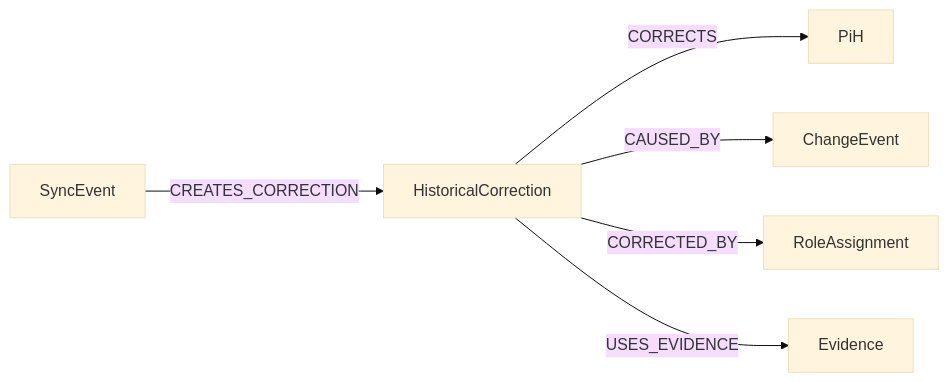
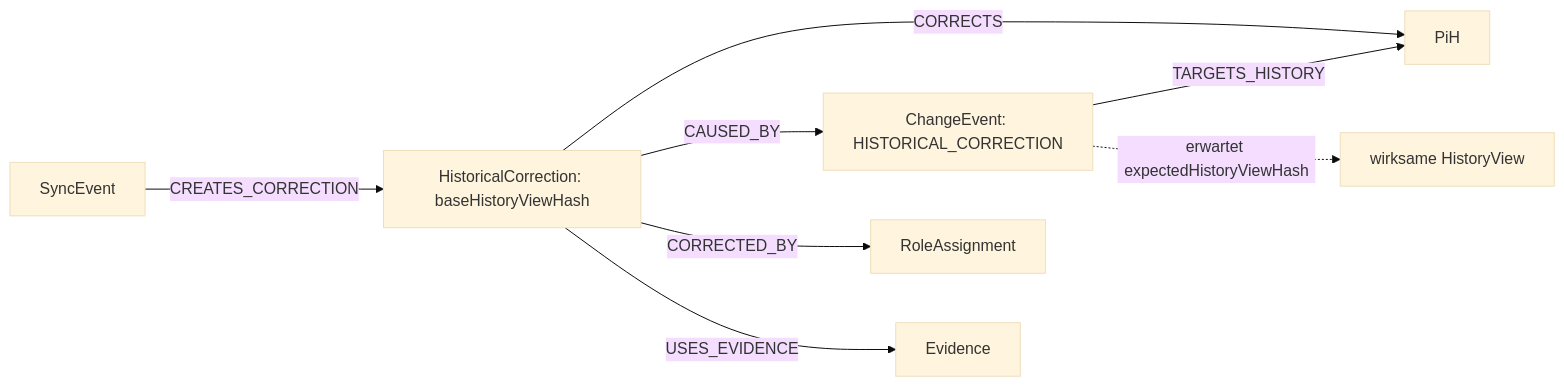
One commit to eeimicke/junaco-jci-loop changed diagram 11 of 12 in docs/guides/JCI_EXAMPLE.md. Above: the diagram before and after it, drawn with Mermaid (base theme). The commit also changed other lines of this file and 29 other files, not shown here.

````diff
--- a/docs/guides/JCI_EXAMPLE.md
+++ b/docs/guides/JCI_EXAMPLE.md
@@ -279,9 +311,11 @@
 ```mermaid
 flowchart LR
-    Correction[HistoricalCorrection]
-    Correction -->|CORRECTS| History[PiH]
+    ChangeEvent[ChangeEvent: HISTORICAL_CORRECTION] -->|TARGETS_HISTORY| History[PiH]
+    ChangeEvent -. erwartet expectedHistoryViewHash .-> View[wirksame HistoryView]
+    Correction[HistoricalCorrection: baseHistoryViewHash]
+    Correction -->|CORRECTS| History
     Correction -->|CAUSED_BY| ChangeEvent
     Correction -->|CORRECTED_BY| Assignment[RoleAssignment]
     Correction -->|USES_EVIDENCE| Evidence
     SyncEvent -->|CREATES_CORRECTION| Correction
 ```
````
